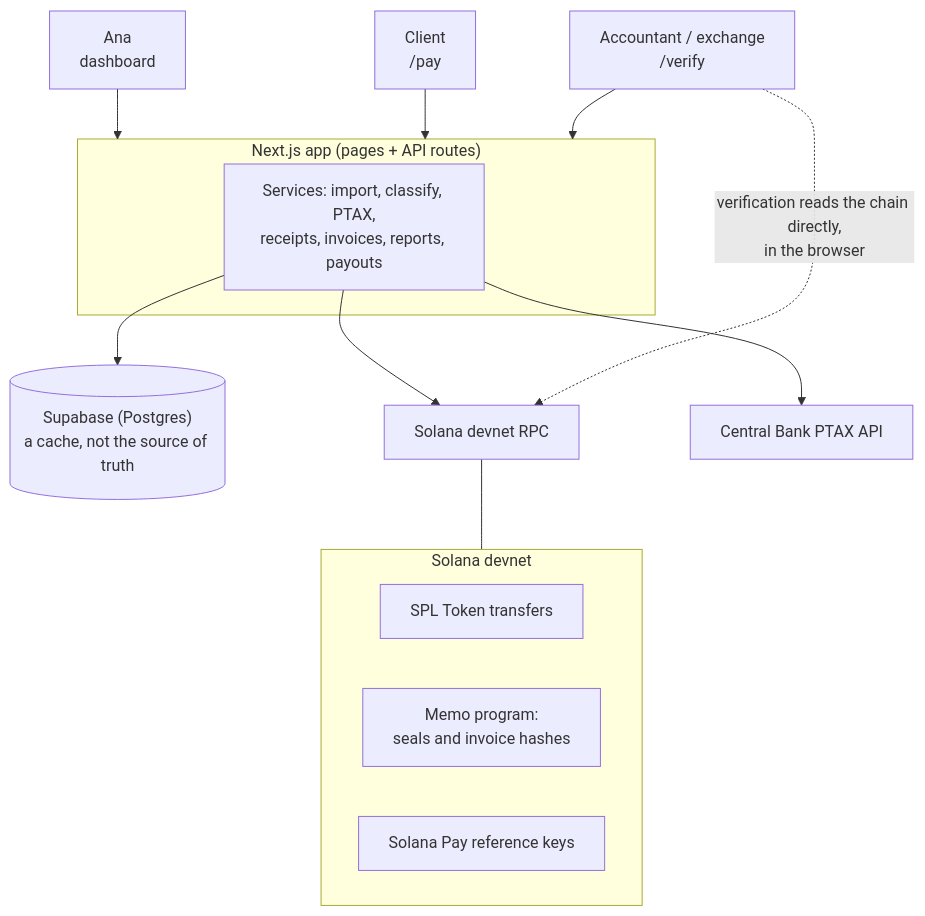
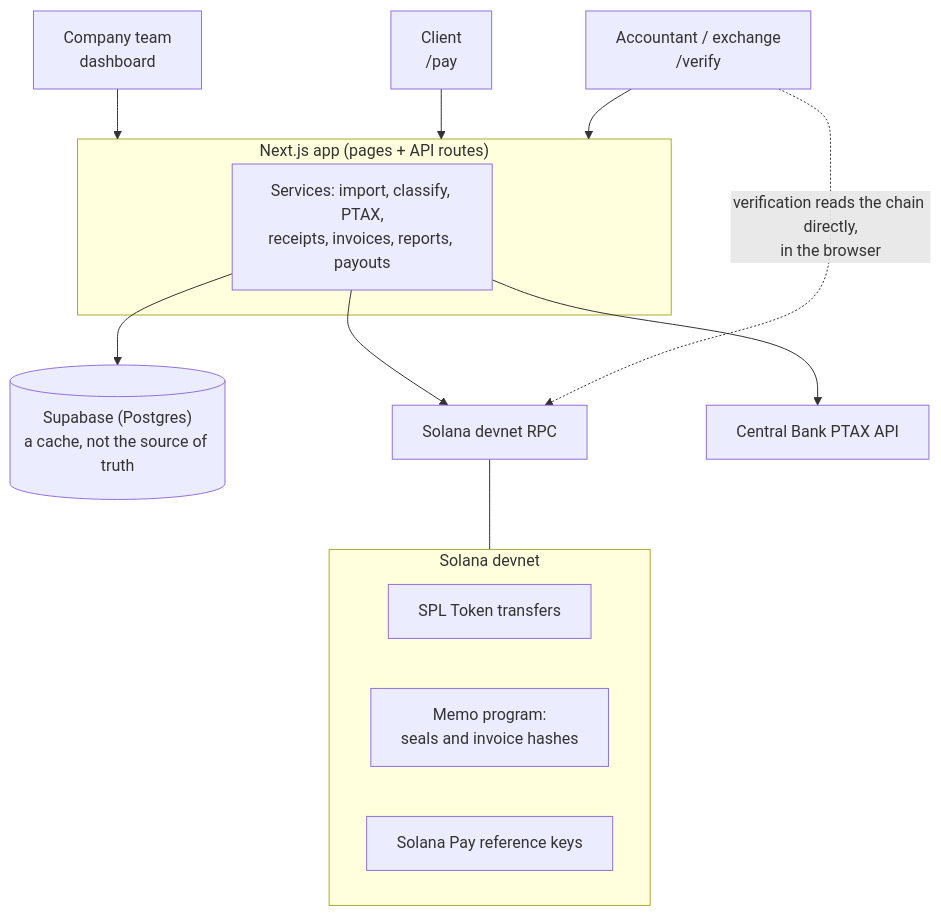
The diagram in README.md (yasminqjs/Superteam-project), drawn with Mermaid before and after one commit. The commit also changed other lines of this file and 51 other files, not shown here.

First line of the commit message:
Company accounts: a team with roles on one receiving wallet

````diff
--- a/README.md
+++ b/README.md
@@ -51,22 +90,22 @@
 ```mermaid
 flowchart TB
-  ana["Ana<br/>dashboard"] --> app
+  ana["Company team<br/>dashboard"] --> app
   client["Client<br/>/pay"] --> app
   auditor["Accountant / exchange<br/>/verify"] --> app
 
   subgraph app["Next.js app (pages + API routes)"]
     services["Services: import, classify, PTAX,<br/>receipts, invoices, reports, payouts"]
   end
 
   services --> db[("Supabase (Postgres)<br/>a cache, not the source of truth")]
   services --> rpc["Solana devnet RPC"]
   services --> bcb["Central Bank PTAX API"]
   auditor -. "verification reads the chain directly,<br/>in the browser" .-> rpc
 
   subgraph solana["Solana devnet"]
     spl["SPL Token transfers"]
     memo["Memo program:<br/>seals and invoice hashes"]
     ref["Solana Pay reference keys"]
   end
   rpc --- solana
 ```
````
